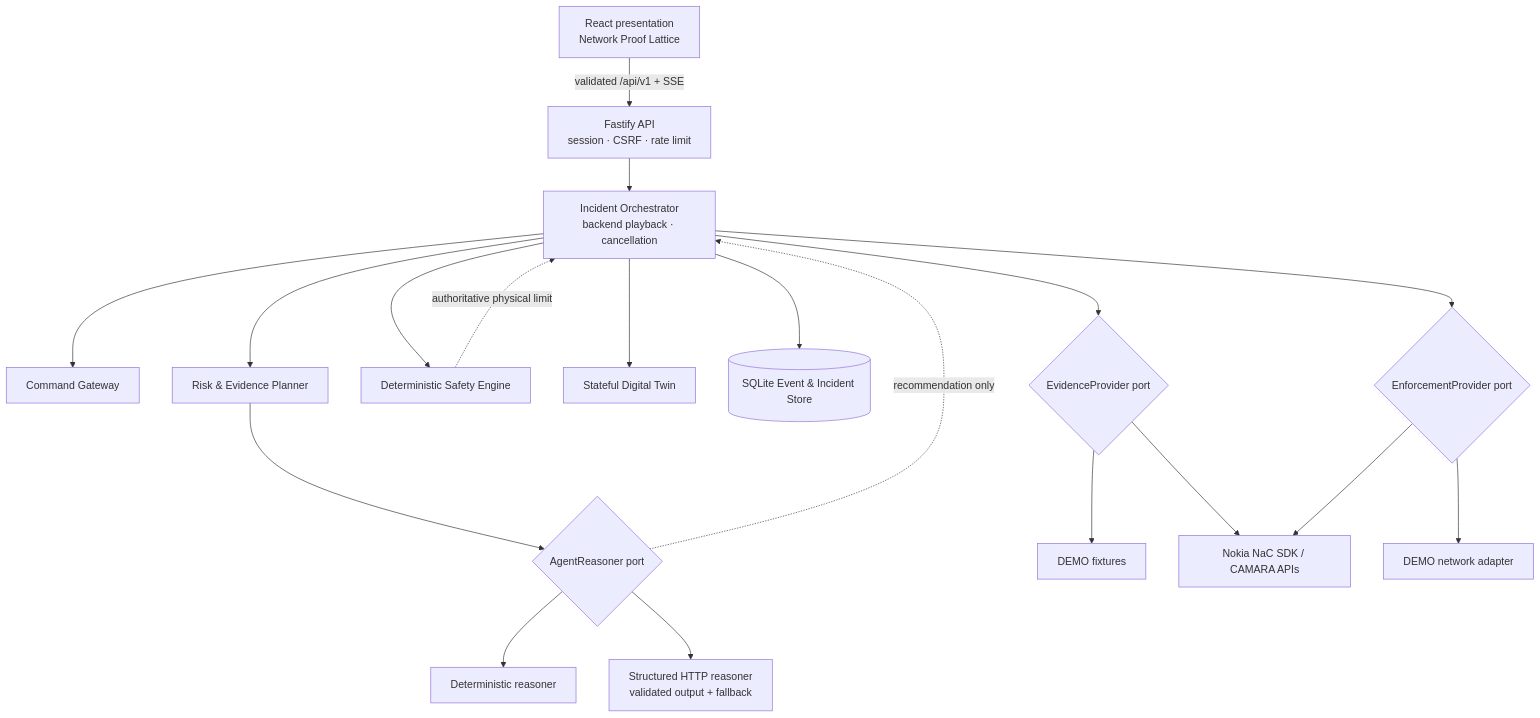
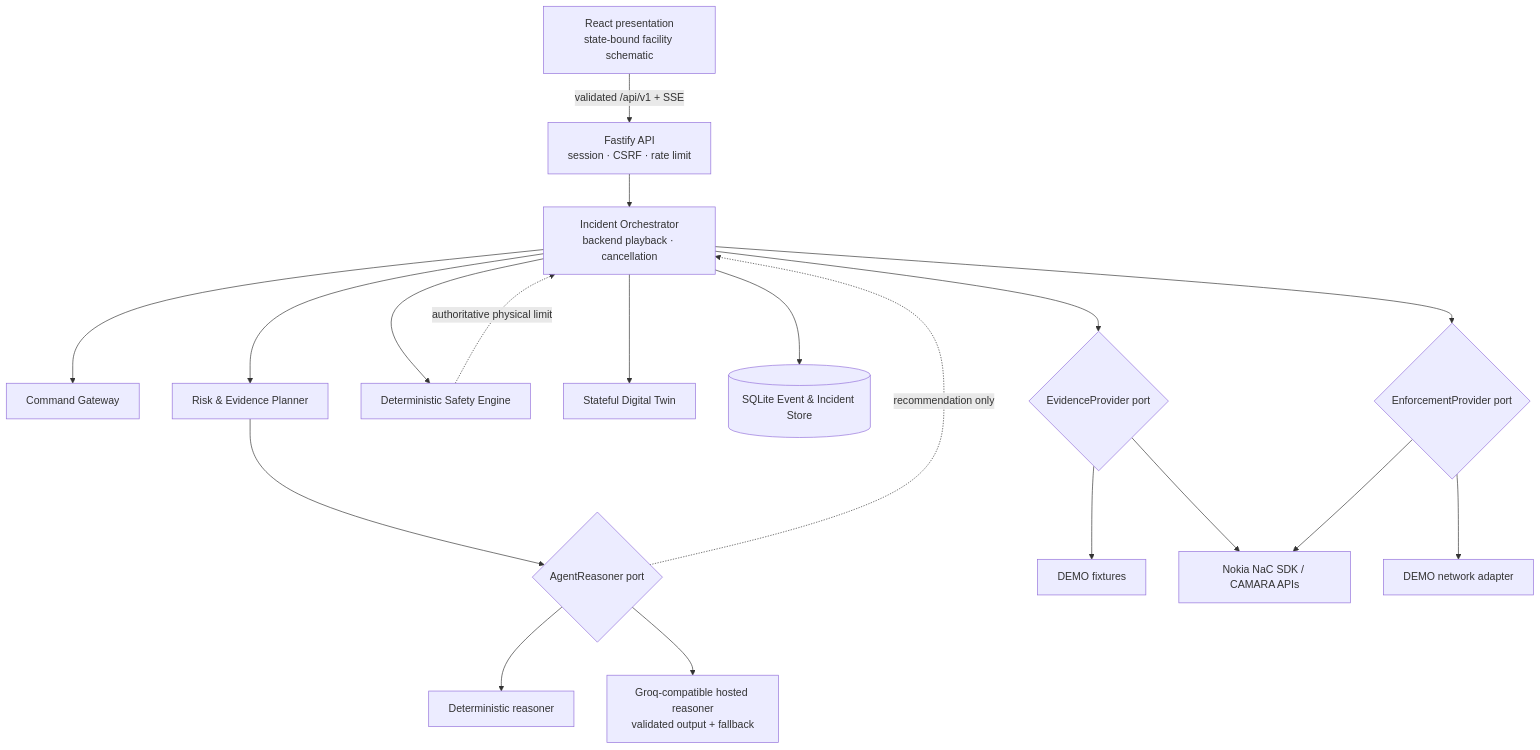
One commit to Mutasem-mk4/hisn-ot-prototype changed the first of 3 diagrams in ARCHITECTURE.md. Above: the diagram before and after it, drawn with Mermaid. The commit also changed other lines of this file and 89 other files, not shown here.

````diff
--- a/ARCHITECTURE.md
+++ b/ARCHITECTURE.md
@@ -7,21 +7,21 @@
 ```mermaid
 flowchart TB
-  UI[React presentation<br/>Network Proof Lattice] -->|validated /api/v1 + SSE| API[Fastify API<br/>session · CSRF · rate limit]
+  UI[React presentation<br/>state-bound facility schematic] -->|validated /api/v1 + SSE| API[Fastify API<br/>session · CSRF · rate limit]
   API --> APP[Incident Orchestrator<br/>backend playback · cancellation]
   APP --> GATE[Command Gateway]
   APP --> PLAN[Risk & Evidence Planner]
   APP --> SAFE[Deterministic Safety Engine]
   APP --> TWIN[Stateful Digital Twin]
   APP --> AUDIT[(SQLite Event & Incident Store)]
   PLAN --> REASONER{AgentReasoner port}
   REASONER --> SIMAI[Deterministic reasoner]
-  REASONER --> LLMAI[Structured HTTP reasoner<br/>validated output + fallback]
+  REASONER --> LLMAI[Groq-compatible hosted reasoner<br/>validated output + fallback]
   APP --> EVIDENCE{EvidenceProvider port}
   EVIDENCE --> SIME[DEMO fixtures]
   EVIDENCE --> NAC[Nokia NaC SDK / CAMARA APIs]
   APP --> ENFORCE{EnforcementProvider port}
   ENFORCE --> SIMN[DEMO network adapter]
   ENFORCE --> NAC
   SAFE -. authoritative physical limit .-> APP
   REASONER -. recommendation only .-> APP
 ```
````
